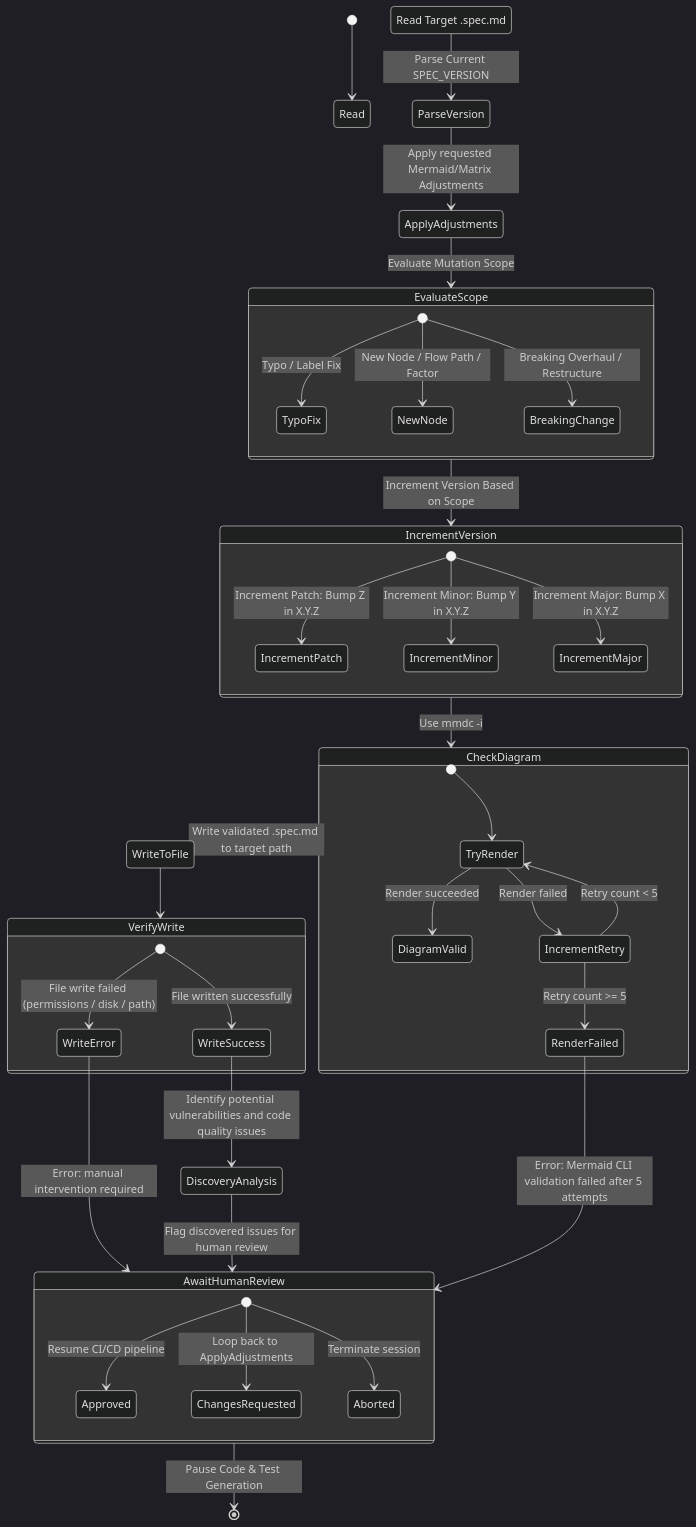
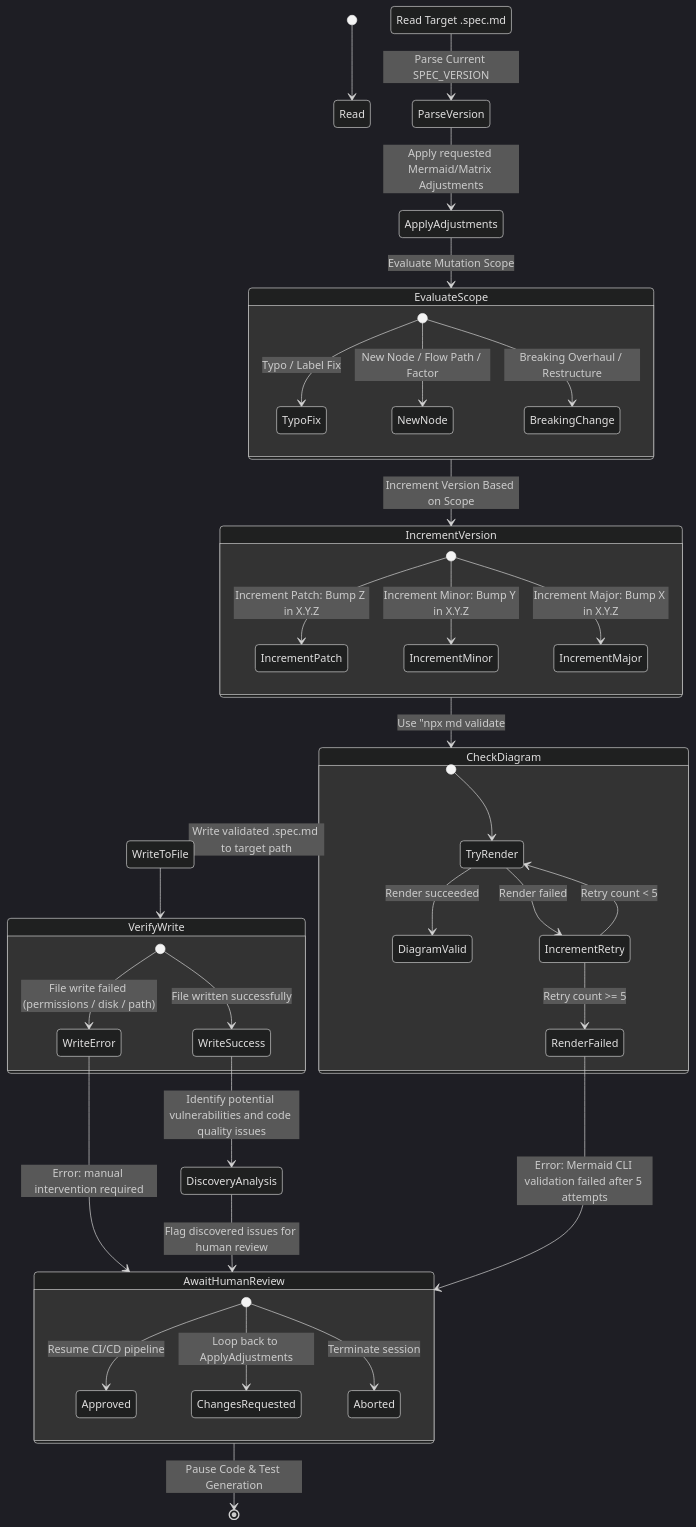
The first of 2 diagrams in .agents/skills/md-edit/SKILL.md (JulioCRFilho/mermaid-diagram-driven-development), drawn with Mermaid (dark theme) before and after one commit. The commit also changed 10 other files, not shown here.

First line of the commit message:
feat(cli): add `md validate` command for Mermaid diagram validation

````diff
--- a/.agents/skills/md-edit/SKILL.md
+++ b/.agents/skills/md-edit/SKILL.md
@@ -3,52 +3,52 @@
 ```mermaid
 %% @spec-version v1.3.1
 stateDiagram-v2
     [*] --> Read TargetSpec: Read Target .spec.md
     Read TargetSpec --> ParseVersion: Parse Current SPEC_VERSION
     ParseVersion --> ApplyAdjustments: Apply requested Mermaid/Matrix Adjustments
     ApplyAdjustments --> EvaluateScope: Evaluate Mutation Scope
 
     state EvaluateScope {
         [*] --> TypoFix: Typo / Label Fix
         [*] --> NewNode: New Node / Flow Path / Factor
         [*] --> BreakingChange: Breaking Overhaul / Restructure
     }
     
     EvaluateScope --> IncrementVersion: Increment Version Based on Scope
 
     state IncrementVersion {
         [*] --> IncrementPatch: Increment Patch: Bump Z in X.Y.Z
         [*] --> IncrementMinor: Increment Minor: Bump Y in X.Y.Z
         [*] --> IncrementMajor: Increment Major: Bump X in X.Y.Z
     }
 
-    IncrementVersion --> CheckDiagram: Use mmdc -i <path/to/diagram.md> --checkSyntax to validate diagram syntax
+    IncrementVersion --> CheckDiagram: Use "npx md validate <path/to/spec.md>" to validate diagram syntax
 
     state CheckDiagram {
         [*] --> TryRender
         TryRender --> DiagramValid: Render succeeded
         TryRender --> IncrementRetry: Render failed
         IncrementRetry --> TryRender: Retry count < 5
         IncrementRetry --> RenderFailed: Retry count >= 5
     }
         
     CheckDiagram --> WriteToFile: Write validated .spec.md to target path
     WriteToFile --> VerifyWrite
     state VerifyWrite {
         [*] --> WriteSuccess: File written successfully
         [*] --> WriteError: File write failed (permissions / disk / path)
     }
     WriteError --> AwaitHumanReview: Error: manual intervention required
 
     WriteSuccess --> DiscoveryAnalysis: Identify potential vulnerabilities and code quality issues
     DiscoveryAnalysis --> AwaitHumanReview: Flag discovered issues for human review
     RenderFailed --> AwaitHumanReview: Error: Mermaid CLI validation failed after 5 attempts
 
     state AwaitHumanReview {
         [*] --> Approved: Resume CI/CD pipeline
         [*] --> ChangesRequested: Loop back to ApplyAdjustments
         [*] --> Aborted: Terminate session
     }
     
     AwaitHumanReview --> [*]: Pause Code & Test Generation
 ```
````
